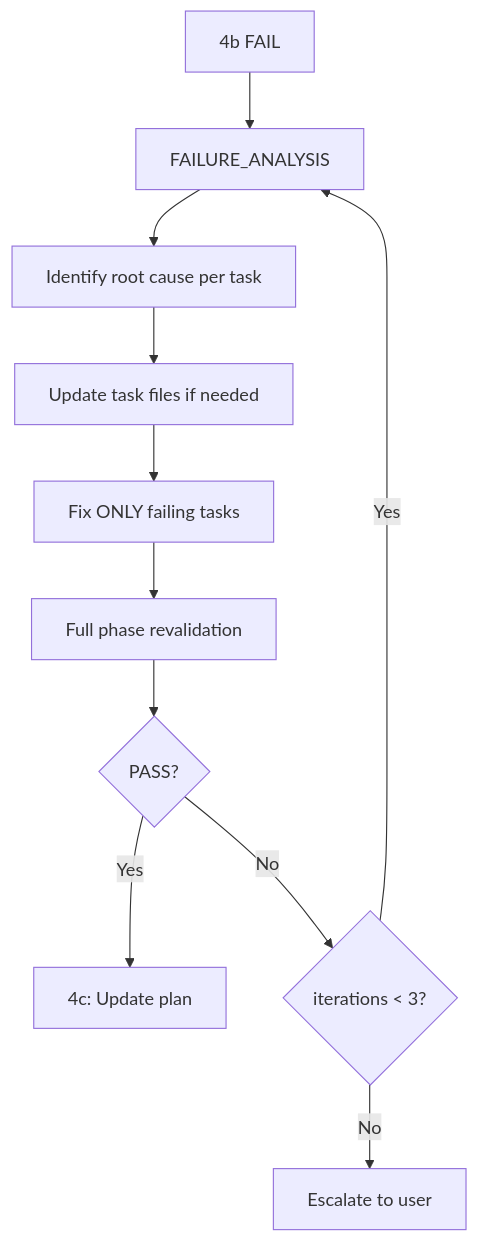
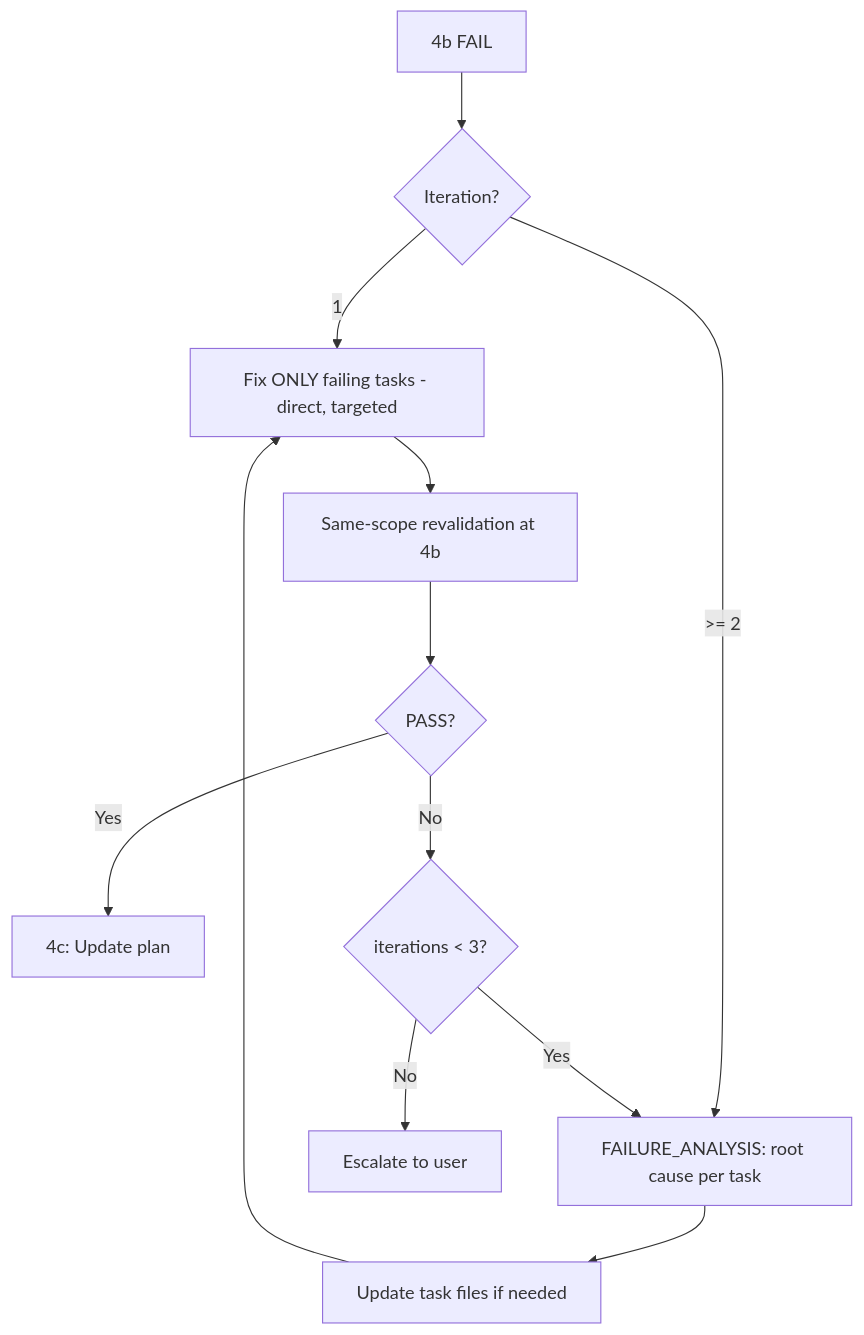
One commit to NachoFLizaur/corvus changed the fifth of 6 diagrams in docs/CORVUS-STATE-MACHINE.md. Above: the diagram before and after it, drawn with Mermaid. The commit also changed other lines of this file and 12 other files, not shown here.

````diff
--- a/docs/CORVUS-STATE-MACHINE.md
+++ b/docs/CORVUS-STATE-MACHINE.md
@@ -615,13 +622,14 @@
 ```mermaid
 flowchart TD
-    A[4b FAIL] --> B[FAILURE_ANALYSIS]
-    B --> C[Identify root cause per task]
+    A[4b FAIL] --> B{Iteration?}
+    B -->|1| E[Fix ONLY failing tasks - direct, targeted]
+    B -->|">= 2"| C[FAILURE_ANALYSIS: root cause per task]
     C --> D[Update task files if needed]
-    D --> E[Fix ONLY failing tasks]
-    E --> F[Full phase revalidation]
+    D --> E
+    E --> F[Same-scope revalidation at 4b]
     F --> G{PASS?}
     G -->|Yes| H[4c: Update plan]
     G -->|No| I{iterations < 3?}
-    I -->|Yes| B
+    I -->|Yes| C
     I -->|No| J[Escalate to user]
 ```
````
